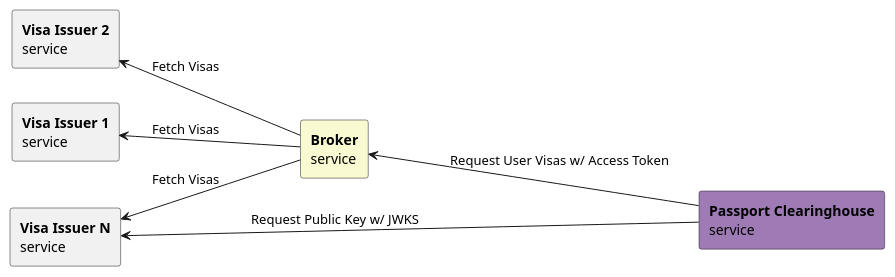
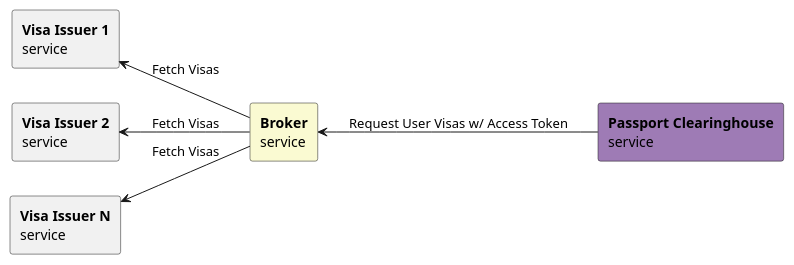
One commit to ga4gh/data-security changed the diagram in AAI/README.md. Above: the diagram before and after it, drawn with PlantUML.

Commit message:
Remove JWKS arrow from intro diagram

```diff
--- a/AAI/README.md
+++ b/AAI/README.md
@@ -89,18 +89,17 @@
 @startuml
 skinparam componentStyle rectangle
 left to right direction
 
 component "<b>Visa Issuer 1</b>\nservice" as Issuer1
 component "<b>Visa Issuer 2</b>\nservice" as Issuer2
 component "<b>Visa Issuer N</b>\nservice" as IssuerN
 
 component "<b>Broker</b>\nservice" as Broker #FAFAD2
 component "<b>Passport Clearinghouse</b>\nservice" as ClearingHouse #9E7BB5
 
 Issuer1 <-- Broker : Fetch Visas
 Issuer2 <-- Broker : Fetch Visas
 IssuerN <-- Broker : Fetch Visas
 Broker <-- ClearingHouse : Request User Visas w/ Access Token
-IssuerN <-- ClearingHouse : Request Public Key w/ JWKS
 
 @enduml
```
